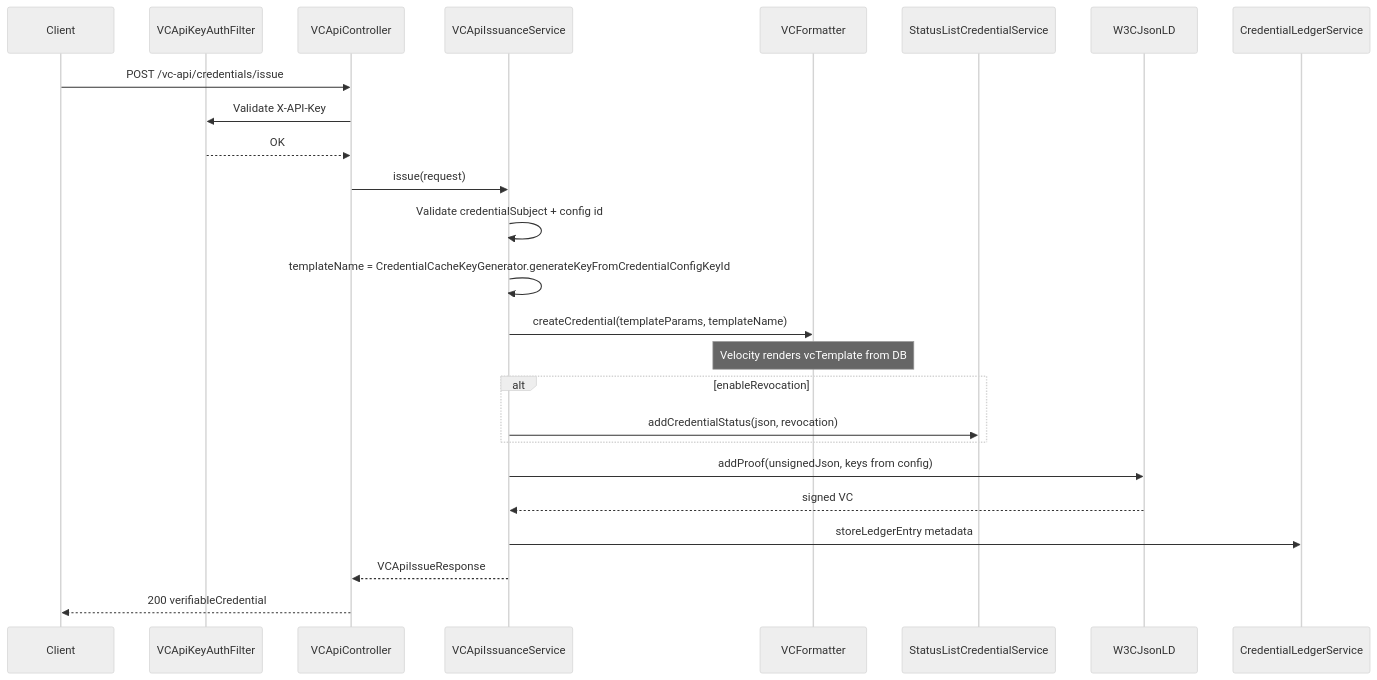
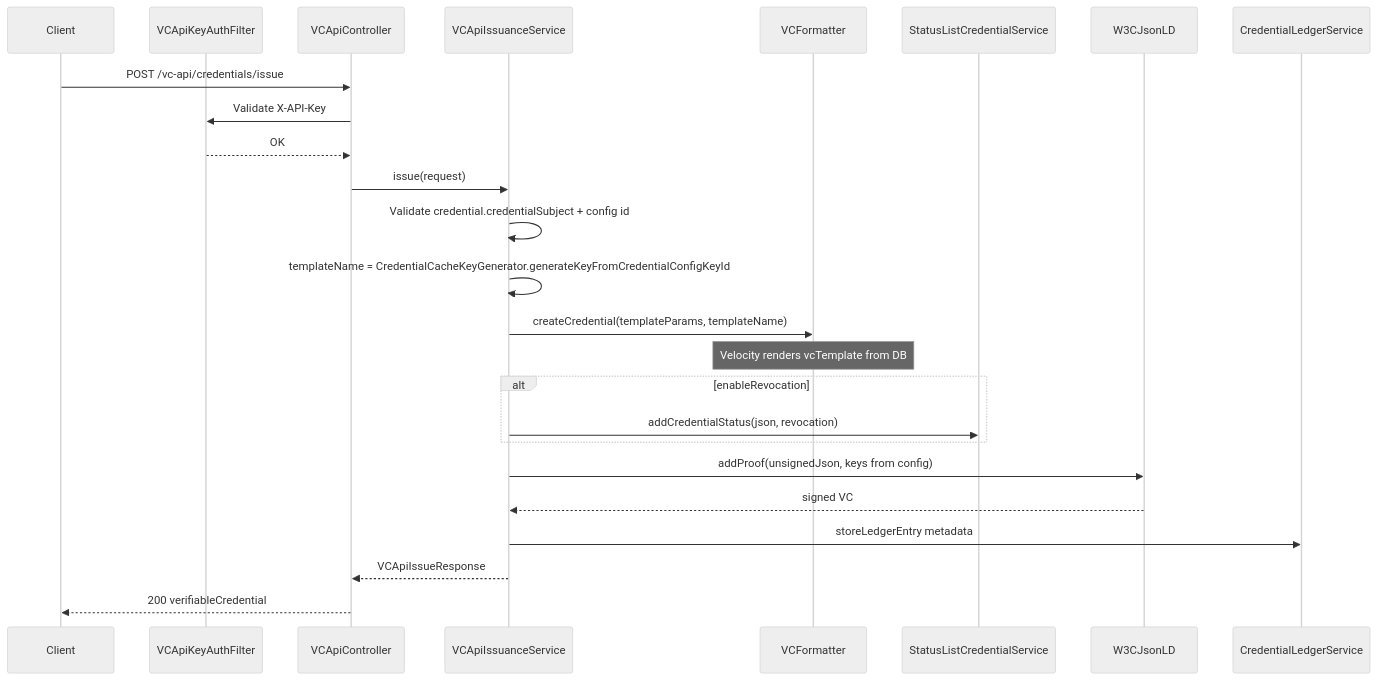
Before and after one commit to ooru-digital/inji-certify: the second of 2 diagrams in docs/W3C-VC-API-Support.md, drawn with Mermaid (neutral theme). The commit also changed other lines of this file and 26 other files, not shown here.

````diff
--- a/docs/W3C-VC-API-Support.md
+++ b/docs/W3C-VC-API-Support.md
@@ -134,28 +152,28 @@
 ```mermaid
 sequenceDiagram
     participant C as Client
     participant F as VCApiKeyAuthFilter
     participant Ctrl as VCApiController
     participant Svc as VCApiIssuanceService
     participant VF as VCFormatter
     participant ST as StatusListCredentialService
     participant CF as W3CJsonLD
     participant LD as CredentialLedgerService
 
     C->>Ctrl: POST /vc-api/credentials/issue
     Ctrl->>F: Validate X-API-Key
     F-->>Ctrl: OK
     Ctrl->>Svc: issue(request)
-    Svc->>Svc: Validate credentialSubject + config id
+    Svc->>Svc: Validate credential.credentialSubject + config id
     Svc->>Svc: templateName = CredentialCacheKeyGenerator.generateKeyFromCredentialConfigKeyId
     Svc->>VF: createCredential(templateParams, templateName)
     Note over VF: Velocity renders vcTemplate from DB
     alt enableRevocation
         Svc->>ST: addCredentialStatus(json, revocation)
     end
     Svc->>CF: addProof(unsignedJson, keys from config)
     CF-->>Svc: signed VC
     Svc->>LD: storeLedgerEntry metadata
     Svc-->>Ctrl: VCApiIssueResponse
     Ctrl-->>C: 200 verifiableCredential
 ```
````
